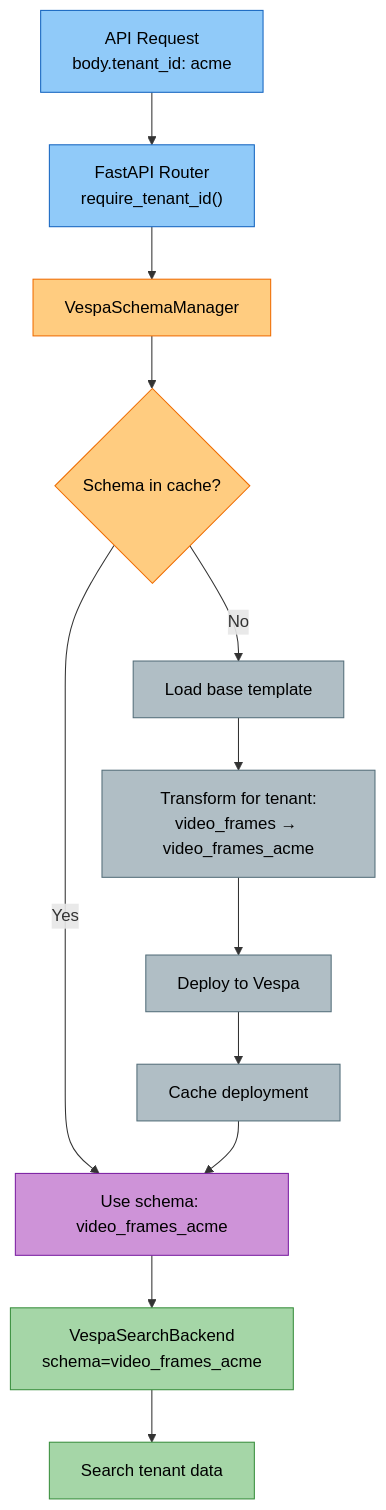
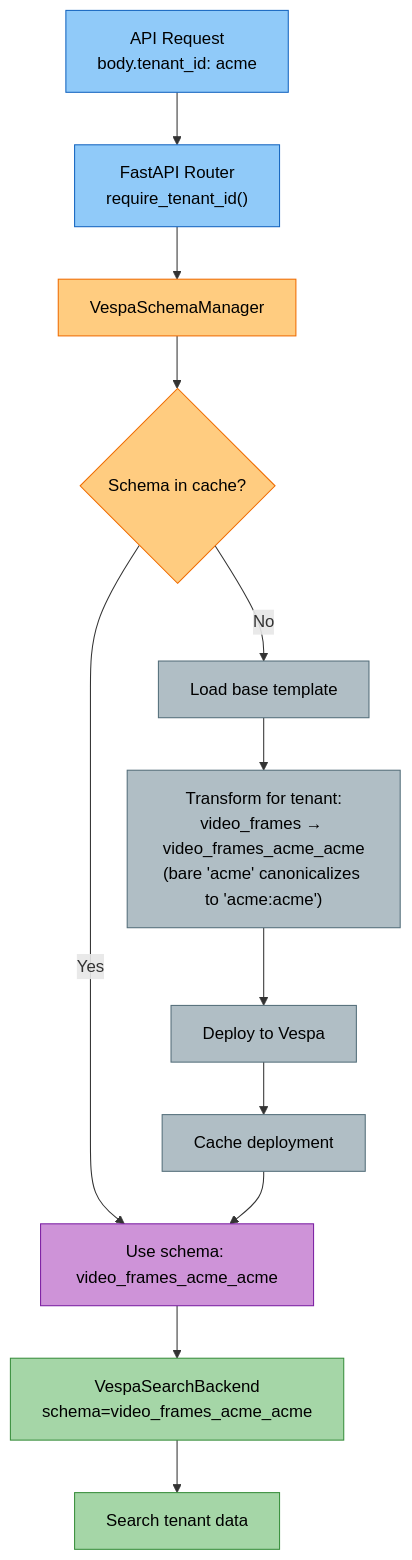
The eighth of 9 diagrams in docs/modules/backends.md (amit-jain/cogniverse), drawn with Mermaid before and after one commit. The commit also changed other lines of this file and 50 other files, not shown here.

First line of the commit message:
Complete and verify docs against code with mermaid palette

````diff
--- a/docs/modules/backends.md
+++ b/docs/modules/backends.md
@@ -1241,29 +1299,29 @@
 ```mermaid
 flowchart TB
     API["<span style='color:#000'>API Request<br/>body.tenant_id: acme</span>"] --> Router["<span style='color:#000'>FastAPI Router<br/>require_tenant_id()</span>"]
     Router --> SchemaManager["<span style='color:#000'>VespaSchemaManager</span>"]
 
     SchemaManager --> CheckCache{"<span style='color:#000'>Schema in cache?</span>"}
-    CheckCache -->|Yes| UseSchema["<span style='color:#000'>Use schema: video_frames_acme</span>"]
+    CheckCache -->|Yes| UseSchema["<span style='color:#000'>Use schema: video_frames_acme_acme</span>"]
     CheckCache -->|No| LoadTemplate["<span style='color:#000'>Load base template</span>"]
 
-    LoadTemplate --> Transform["<span style='color:#000'>Transform for tenant:<br/>video_frames → video_frames_acme</span>"]
+    LoadTemplate --> Transform["<span style='color:#000'>Transform for tenant:<br/>video_frames → video_frames_acme_acme<br/>(bare 'acme' canonicalizes to 'acme:acme')</span>"]
     Transform --> Deploy["<span style='color:#000'>Deploy to Vespa</span>"]
     Deploy --> Cache["<span style='color:#000'>Cache deployment</span>"]
     Cache --> UseSchema
 
-    UseSchema --> VespaClient["<span style='color:#000'>VespaSearchBackend<br/>schema=video_frames_acme</span>"]
+    UseSchema --> VespaClient["<span style='color:#000'>VespaSearchBackend<br/>schema=video_frames_acme_acme</span>"]
     VespaClient --> Search["<span style='color:#000'>Search tenant data</span>"]
 
     style API fill:#90caf9,stroke:#1565c0,color:#000
     style Router fill:#90caf9,stroke:#1565c0,color:#000
     style SchemaManager fill:#ffcc80,stroke:#ef6c00,color:#000
     style CheckCache fill:#ffcc80,stroke:#ef6c00,color:#000
     style UseSchema fill:#ce93d8,stroke:#7b1fa2,color:#000
     style LoadTemplate fill:#b0bec5,stroke:#546e7a,color:#000
     style Transform fill:#b0bec5,stroke:#546e7a,color:#000
     style Deploy fill:#b0bec5,stroke:#546e7a,color:#000
     style Cache fill:#b0bec5,stroke:#546e7a,color:#000
     style VespaClient fill:#a5d6a7,stroke:#388e3c,color:#000
     style Search fill:#a5d6a7,stroke:#388e3c,color:#000
 ```
````
